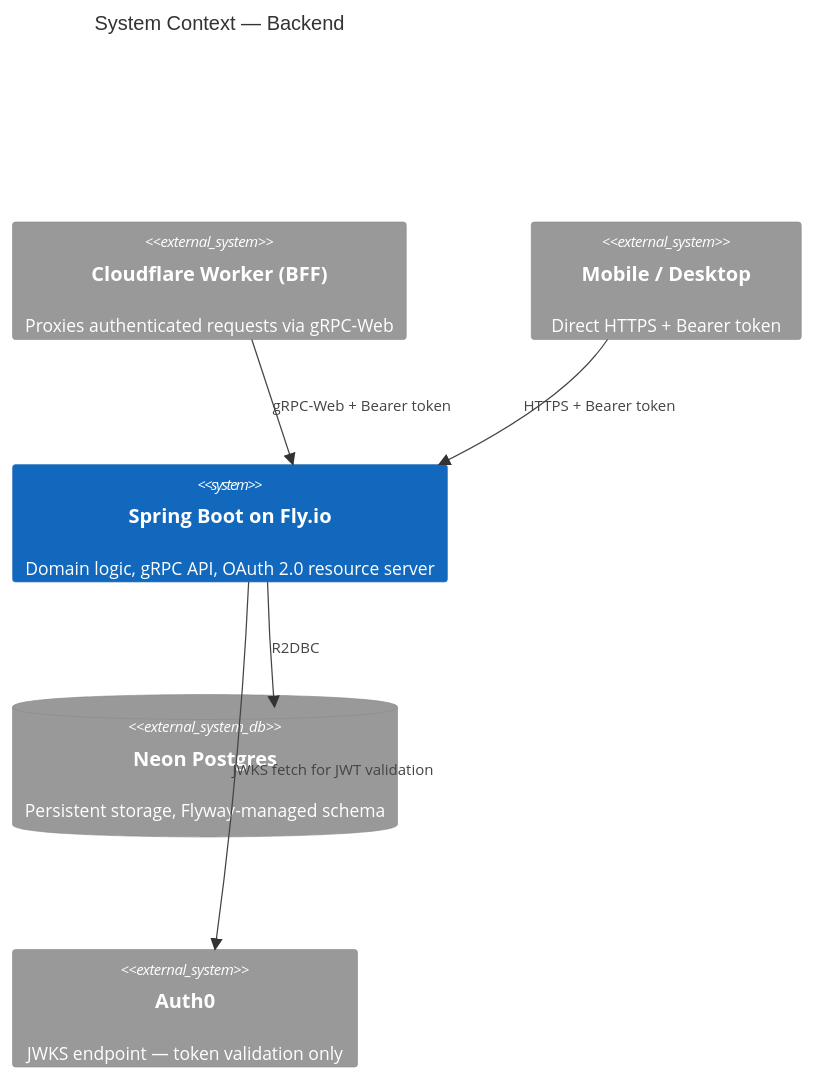
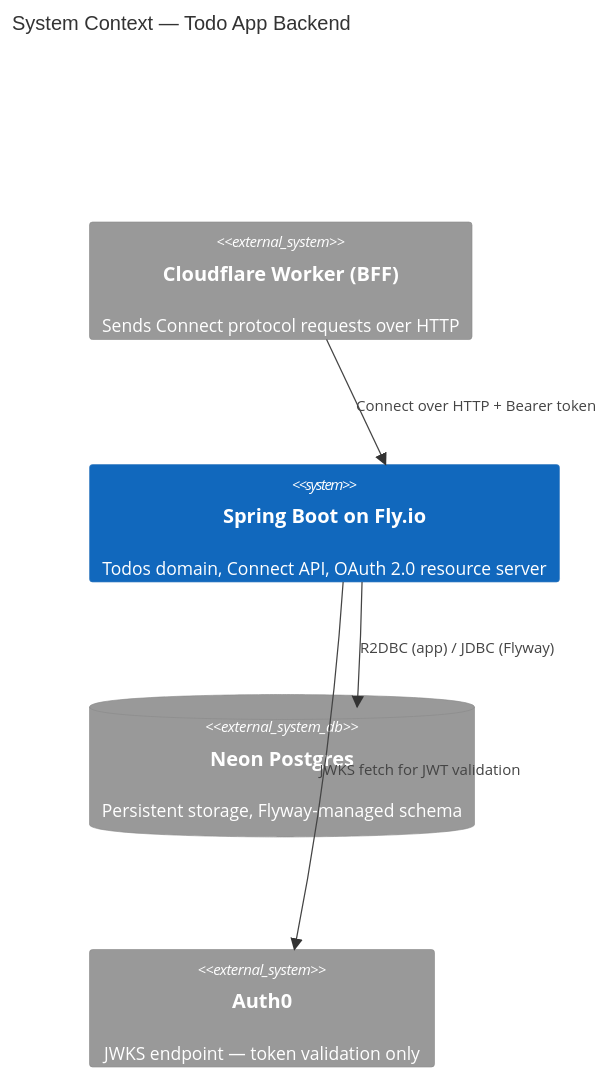
Before and after one commit to neilpmas/todo-app-backend: the first of 2 diagrams in README.md, drawn with Mermaid. The commit also changed other lines of this file, not shown here.

First line of the commit message:
docs: rewrite README for the real Connect architecture

````diff
--- a/README.md
+++ b/README.md
@@ -24,15 +45,13 @@
 ```mermaid
 C4Context
-  title System Context — Backend
+  title System Context — Todo App Backend
 
-  System_Ext(bff, "Cloudflare Worker (BFF)", "Proxies authenticated requests via gRPC-Web")
-  System_Ext(mobile, "Mobile / Desktop", "Direct HTTPS + Bearer token")
-  System(backend, "Spring Boot on Fly.io", "Domain logic, gRPC API, OAuth 2.0 resource server")
+  System_Ext(bff, "Cloudflare Worker (BFF)", "Sends Connect protocol requests over HTTP")
+  System(backend, "Spring Boot on Fly.io", "Todos domain, Connect API, OAuth 2.0 resource server")
   SystemDb_Ext(db, "Neon Postgres", "Persistent storage, Flyway-managed schema")
   System_Ext(idp, "Auth0", "JWKS endpoint — token validation only")
 
-  Rel(bff, backend, "gRPC-Web + Bearer token")
-  Rel(mobile, backend, "HTTPS + Bearer token")
-  Rel(backend, db, "R2DBC")
+  Rel(bff, backend, "Connect over HTTP + Bearer token")
+  Rel(backend, db, "R2DBC (app) / JDBC (Flyway)")
   Rel(backend, idp, "JWKS fetch for JWT validation")
 ```
````
